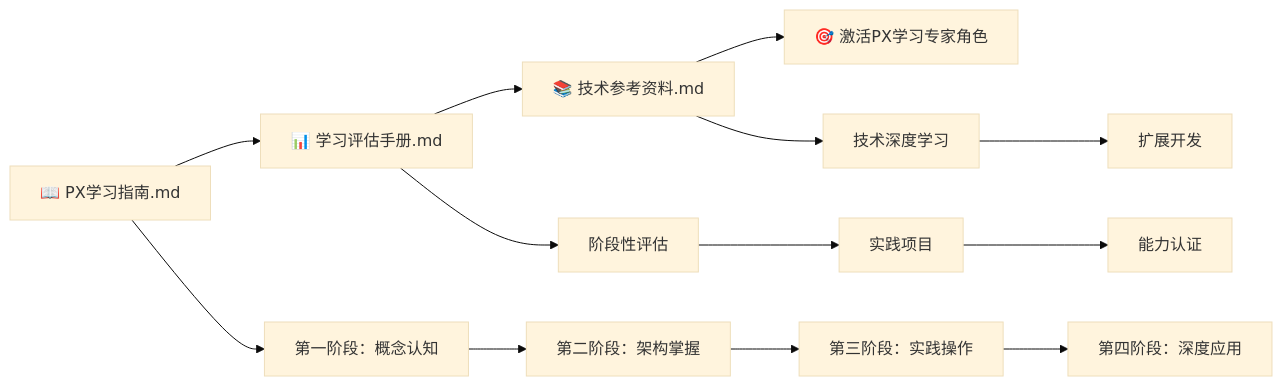
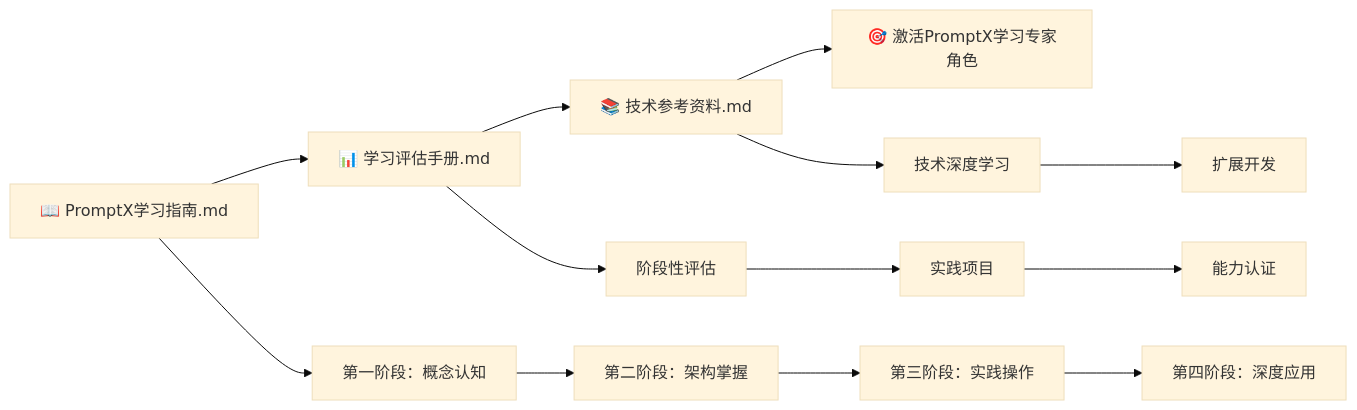
One commit to jiangxia/PromptX-Learn changed the diagram in README.md. Above: the diagram before and after it, drawn with Mermaid (base theme). The commit also changed other lines of this file and 4 other files, not shown here.

````diff
--- a/README.md
+++ b/README.md
@@ -55,18 +58,18 @@
 ```mermaid
 graph LR
-    A[📖 PX学习指南.md] --> B[📊 学习评估手册.md]
+    A[📖 PromptX学习指南.md] --> B[📊 学习评估手册.md]
     B --> C[📚 技术参考资料.md]
-    C --> D[🎯 激活PX学习专家角色]
-    
+    C --> D[🎯 激活PromptX学习专家角色]
+
     A --> A1[第一阶段：概念认知]
     A1 --> A2[第二阶段：架构掌握]
     A2 --> A3[第三阶段：实践操作]
     A3 --> A4[第四阶段：深度应用]
-    
+
     B --> B1[阶段性评估]
     B1 --> B2[实践项目]
     B2 --> B3[能力认证]
-    
+
     C --> C1[技术深度学习]
     C1 --> C2[扩展开发]
 ```
````
